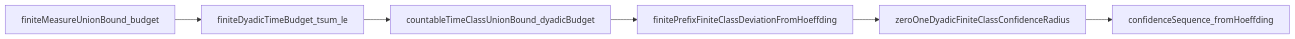
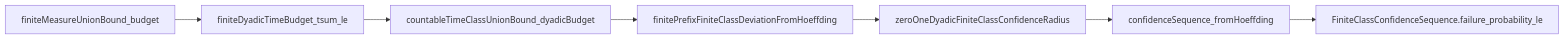
Before and after one commit to Robby955/FormalSLT: the first of 2 diagrams in docs/formalslt-v0.1-technical-note.md, drawn with Mermaid. The commit also changed other lines of this file, not shown here.

Commit message:
docs: polish confidence sequence API note

````diff
--- a/docs/formalslt-v0.1-technical-note.md
+++ b/docs/formalslt-v0.1-technical-note.md
@@ -110,11 +120,12 @@
 ```mermaid
 flowchart LR
   A["finiteMeasureUnionBound_budget"]
   B["finiteDyadicTimeBudget_tsum_le"]
   C["countableTimeClassUnionBound_dyadicBudget"]
   D["finitePrefixFiniteClassDeviationFromHoeffding"]
   E["zeroOneDyadicFiniteClassConfidenceRadius"]
   F["confidenceSequence_fromHoeffding"]
+  G["FiniteClassConfidenceSequence.failure_probability_le"]
 
-  A --> B --> C --> D --> E --> F
+  A --> B --> C --> D --> E --> F --> G
 ```
````
